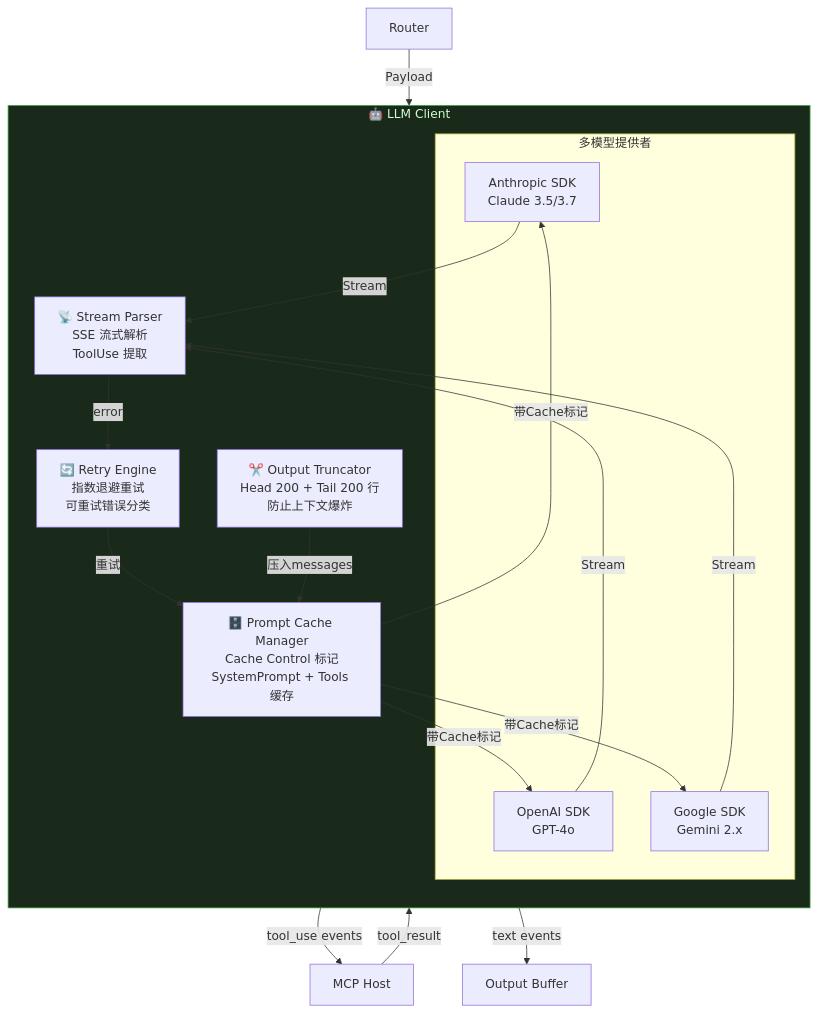
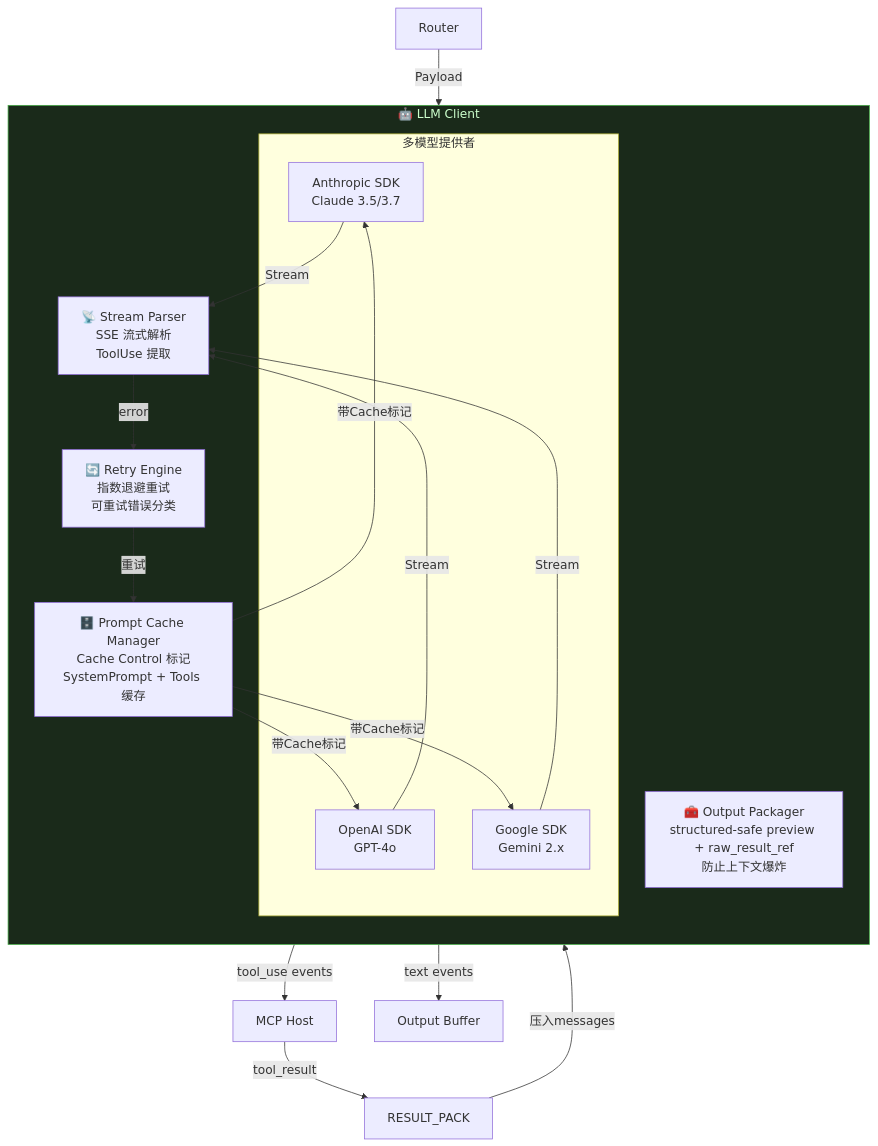
Before and after one commit to Yidhar/Embla_System: the fifth of 17 diagrams in doc/11-brain-layer-modules.md, drawn with Mermaid. The commit also changed other lines of this file and 13 other files, not shown here.

Commit message:
docs: refresh architecture specs and security blindspot baseline

````diff
--- a/doc/11-brain-layer-modules.md
+++ b/doc/11-brain-layer-modules.md
@@ -280,29 +280,29 @@
 ```mermaid
 flowchart TB
     subgraph LLMClient["🤖 LLM Client"]
         direction TB
         CACHE["🗄️ Prompt Cache Manager<br/>Cache Control 标记<br/>SystemPrompt + Tools 缓存"]
         RETRY["🔄 Retry Engine<br/>指数退避重试<br/>可重试错误分类"]
         STREAM["📡 Stream Parser<br/>SSE 流式解析<br/>ToolUse 提取"]
-        TRUNCATE["✂️ Output Truncator<br/>Head 200 + Tail 200 行<br/>防止上下文爆炸"]
+        TRUNCATE["🧰 Output Packager<br/>structured-safe preview + raw_result_ref<br/>防止上下文爆炸"]
 
         subgraph Providers["多模型提供者"]
             ANTHRO["Anthropic SDK<br/>Claude 3.5/3.7"]
             OPENAI["OpenAI SDK<br/>GPT-4o"]
             GOOGLE["Google SDK<br/>Gemini 2.x"]
         end
     end
 
     ROUTER["Router"] -->|"Payload"| CACHE
     CACHE -->|"带Cache标记"| ANTHRO & OPENAI & GOOGLE
     ANTHRO & OPENAI & GOOGLE -->|"Stream"| STREAM
     STREAM -->|"tool_use events"| MCP["MCP Host"]
     STREAM -->|"text events"| OUTPUT["Output Buffer"]
     STREAM -->|"error"| RETRY
     RETRY -->|"重试"| CACHE
 
-    MCP -->|"tool_result"| TRUNCATE
-    TRUNCATE -->|"压入messages"| CACHE
+    MCP -->|"tool_result"| RESULT_PACK
+    RESULT_PACK -->|"压入messages"| CACHE
 
     style LLMClient fill:#1a2a1a,stroke:#44aa44,color:#ccffcc
 ```
````
